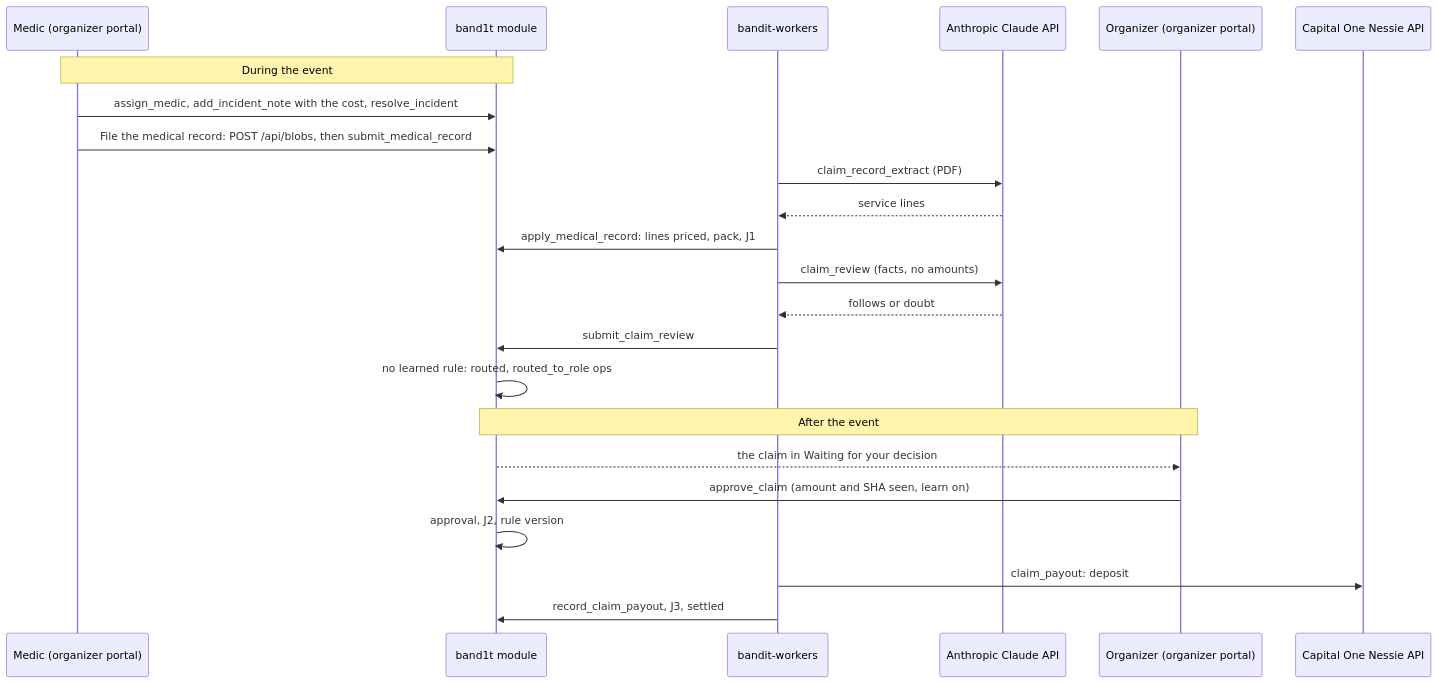
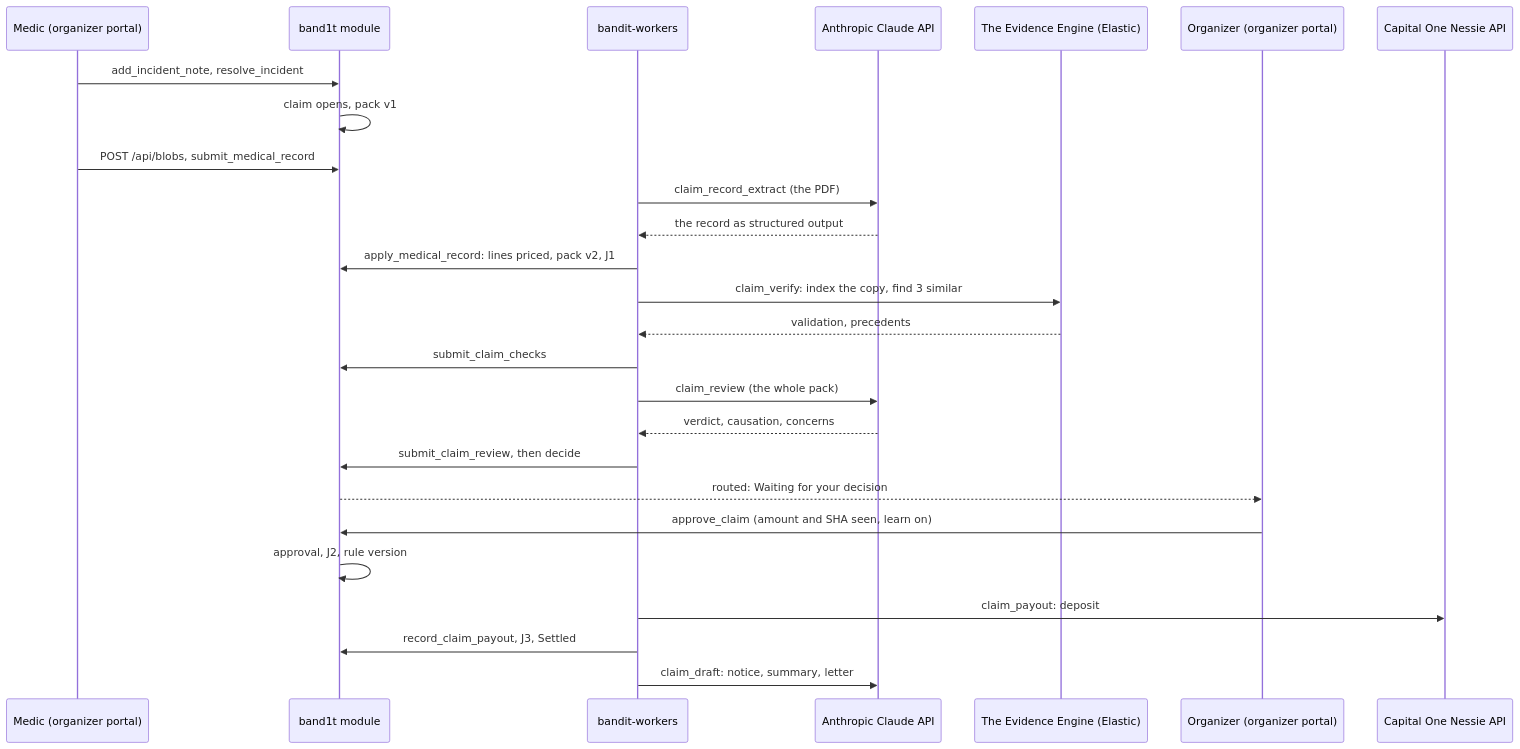
Before and after one commit to viktorinkov/cal-hacks-13: the fourth of 5 diagrams in System Design/6-features/Insurance.md, drawn with Mermaid. The commit also changed other lines of this file and 4 other files, not shown here.

Commit message:
system design: sponsor tracks, insurance Decision Engine, Evidence Engine

````diff
--- a/System Design/6-features/Insurance.md
+++ b/System Design/6-features/Insurance.md
@@ -453,25 +492,28 @@
 ```mermaid
 sequenceDiagram
   participant Med as Medic (organizer portal)
   participant M as band1t module
   participant W as bandit-workers
   participant C as Anthropic Claude API
+  participant E as The Evidence Engine (Elastic)
   participant O as Organizer (organizer portal)
   participant N as Capital One Nessie API
-  Note over Med,M: During the event
-  Med->>M: assign_medic, add_incident_note with the cost, resolve_incident
-  Med->>M: File the medical record: POST /api/blobs, then submit_medical_record
-  W->>C: claim_record_extract (PDF)
-  C-->>W: service lines
-  W->>M: apply_medical_record: lines priced, pack, J1
-  W->>C: claim_review (facts, no amounts)
-  C-->>W: follows or doubt
-  W->>M: submit_claim_review
-  M->>M: no learned rule: routed, routed_to_role ops
-  Note over M,O: After the event
-  M-->>O: the claim in Waiting for your decision
+  Med->>M: add_incident_note, resolve_incident
+  M->>M: claim opens, pack v1
+  Med->>M: POST /api/blobs, submit_medical_record
+  W->>C: claim_record_extract (the PDF)
+  C-->>W: the record as structured output
+  W->>M: apply_medical_record: lines priced, pack v2, J1
+  W->>E: claim_verify: index the copy, find 3 similar
+  E-->>W: validation, precedents
+  W->>M: submit_claim_checks
+  W->>C: claim_review (the whole pack)
+  C-->>W: verdict, causation, concerns
+  W->>M: submit_claim_review, then decide
+  M-->>O: routed: Waiting for your decision
   O->>M: approve_claim (amount and SHA seen, learn on)
   M->>M: approval, J2, rule version
   W->>N: claim_payout: deposit
-  W->>M: record_claim_payout, J3, settled
+  W->>M: record_claim_payout, J3, Settled
+  W->>C: claim_draft: notice, summary, letter
 ```
````
